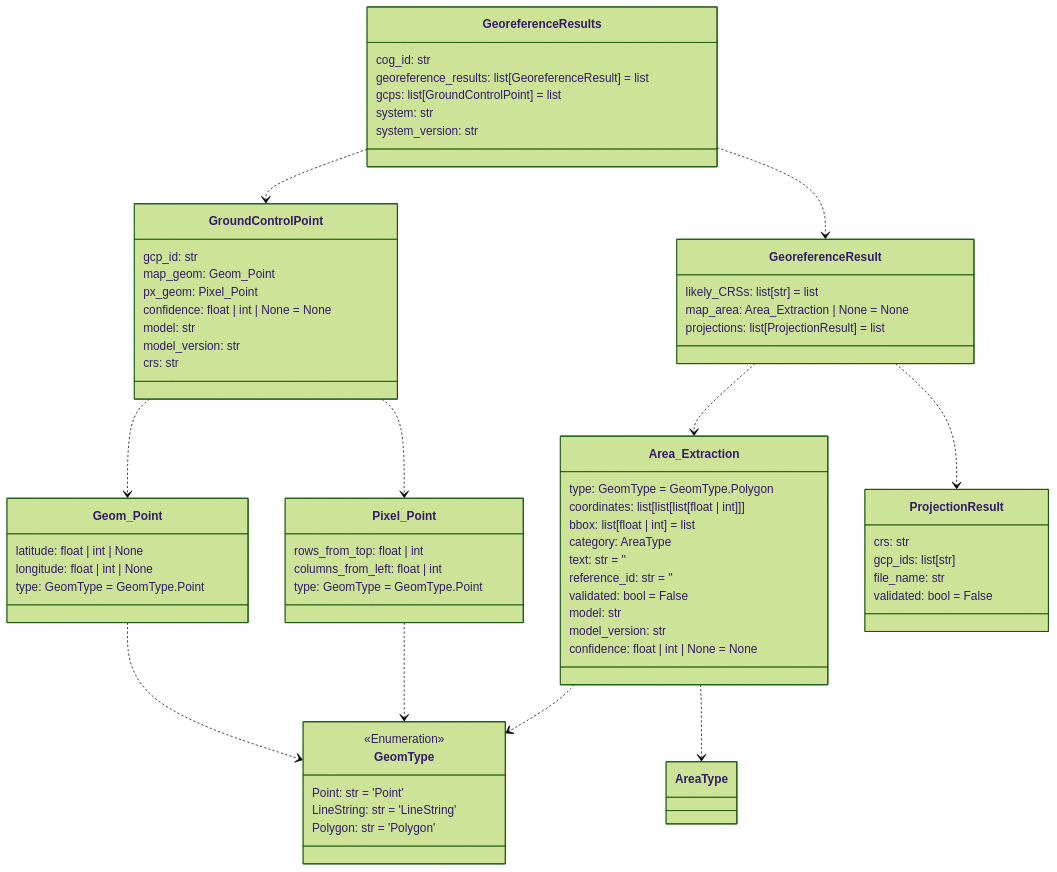
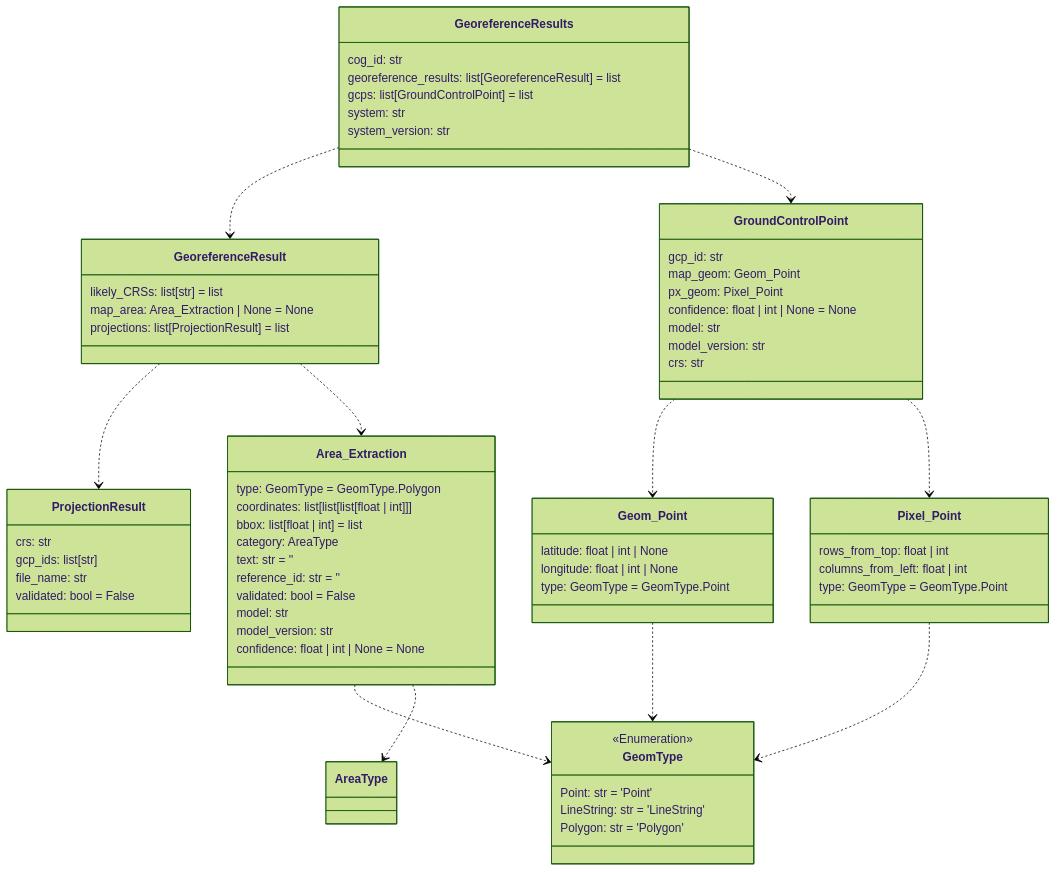
The second of 14 diagrams in README.md (DARPA-CRITICALMAAS/cdr_schemas), drawn with Mermaid (forest theme) before and after one commit. The commit also changed other lines of this file and 1 other file, not shown here.

````diff
--- a/README.md
+++ b/README.md
@@ -117,79 +117,79 @@
 ```mermaid
 classDiagram
-
-    class Geom_Point {
-        latitude: float | int | None
-        longitude: float | int | None
-        type: GeomType = GeomType.Point
-    }
 
     class GeoreferenceResults {
         cog_id: str
         georeference_results: list[GeoreferenceResult] = list
         gcps: list[GroundControlPoint] = list
         system: str
         system_version: str
     }
 
-    class ProjectionResult {
-        crs: str
-        gcp_ids: list[str]
-        file_name: str
-        validated: bool = False
-    }
-
-    class Pixel_Point {
-        rows_from_top: float | int
-        columns_from_left: float | int
-        type: GeomType = GeomType.Point
+    class GeomType {
+        <<Enumeration>>
+        Point: str = 'Point'
+        LineString: str = 'LineString'
+        Polygon: str = 'Polygon'
     }
 
     class GroundControlPoint {
         gcp_id: str
         map_geom: Geom_Point
         px_geom: Pixel_Point
         confidence: float | int | None = None
         model: str
         model_version: str
         crs: str
+    }
+
+    class GeoreferenceResult {
+        likely_CRSs: list[str] = list
+        map_area: Area_Extraction | None = None
+        projections: list[ProjectionResult] = list
+    }
+
+    class Pixel_Point {
+        rows_from_top: float | int
+        columns_from_left: float | int
+        type: GeomType = GeomType.Point
+    }
+
+    class ProjectionResult {
+        crs: str
+        gcp_ids: list[str]
+        file_name: str
+        validated: bool = False
     }
 
     class Area_Extraction {
         type: GeomType = GeomType.Polygon
         coordinates: list[list[list[float | int]]]
         bbox: list[float | int] = list
         category: AreaType
         text: str = ''
         reference_id: str = ''
         validated: bool = False
         model: str
         model_version: str
         confidence: float | int | None = None
     }
 
-    class GeomType {
-        <<Enumeration>>
-        Point: str = 'Point'
-        LineString: str = 'LineString'
-        Polygon: str = 'Polygon'
-    }
-
-    class GeoreferenceResult {
-        likely_CRSs: list[str] = list
-        map_area: Area_Extraction | None = None
-        projections: list[ProjectionResult] = list
+    class Geom_Point {
+        latitude: float | int | None
+        longitude: float | int | None
+        type: GeomType = GeomType.Point
     }
 
     Area_Extraction ..> GeomType
     Area_Extraction ..> AreaType
     Geom_Point ..> GeomType
     Pixel_Point ..> GeomType
     GroundControlPoint ..> Geom_Point
     GroundControlPoint ..> Pixel_Point
+    GeoreferenceResult ..> ProjectionResult
     GeoreferenceResult ..> Area_Extraction
-    GeoreferenceResult ..> ProjectionResult
+    GeoreferenceResults ..> GeoreferenceResult
     GeoreferenceResults ..> GroundControlPoint
-    GeoreferenceResults ..> GeoreferenceResult
 
 
 ```
````
